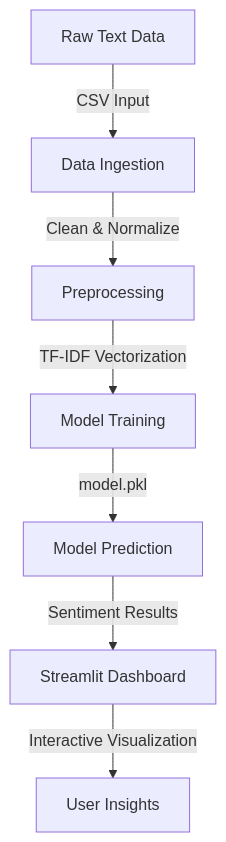
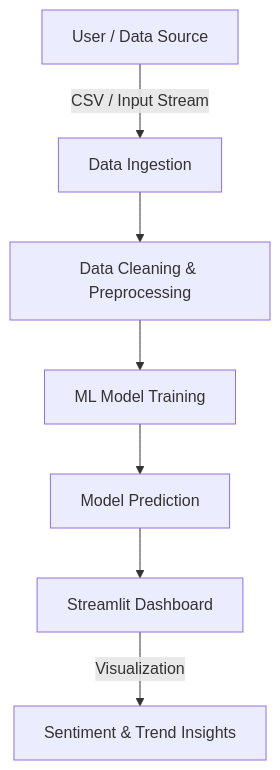
The diagram in README.md (GKTHIRUMARAN/SENTIMENT-AND-TREND-TRACKER), drawn with Mermaid before and after one commit. The commit also changed other lines of this file, not shown here.

`````diff
--- a/README.md
+++ b/README.md
@@ -43,9 +42,9 @@
 ```mermaid
 flowchart TD
-    A[Raw Text Data] -->|CSV Input| B[Data Ingestion]
-    B -->|Clean & Normalize| C[Preprocessing]
-    C -->|TF-IDF Vectorization| D[Model Training]
-    D -->|model.pkl| E[Model Prediction]
-    E -->|Sentiment Results| F[Streamlit Dashboard]
-    F -->|Interactive Visualization| G[User Insights]
+    A[User / Data Source] -->|CSV / Input Stream| B[Data Ingestion]
+    B --> C[Data Cleaning & Preprocessing]
+    C --> D[ML Model Training]
+    D --> E[Model Prediction]
+    E --> F[Streamlit Dashboard]
+    F -->|Visualization| G[Sentiment & Trend Insights]
 ````
`````
